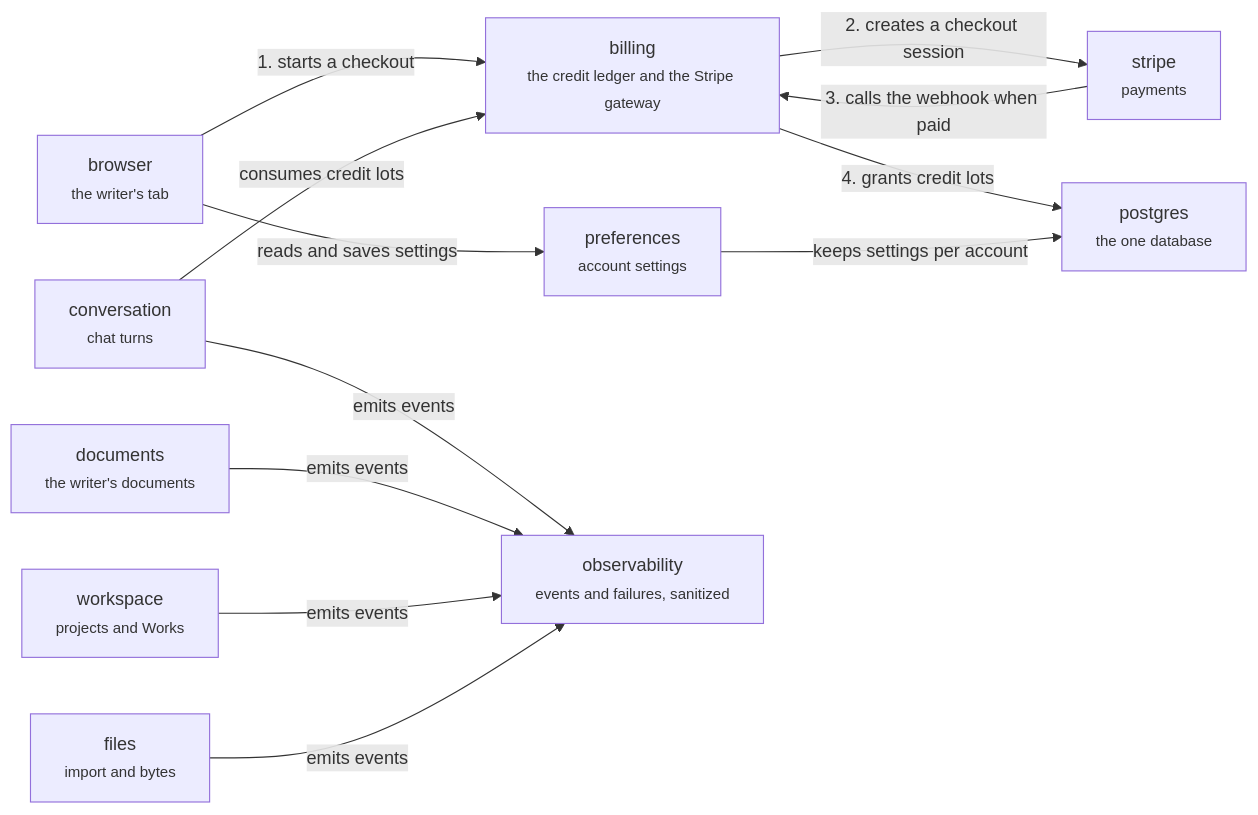
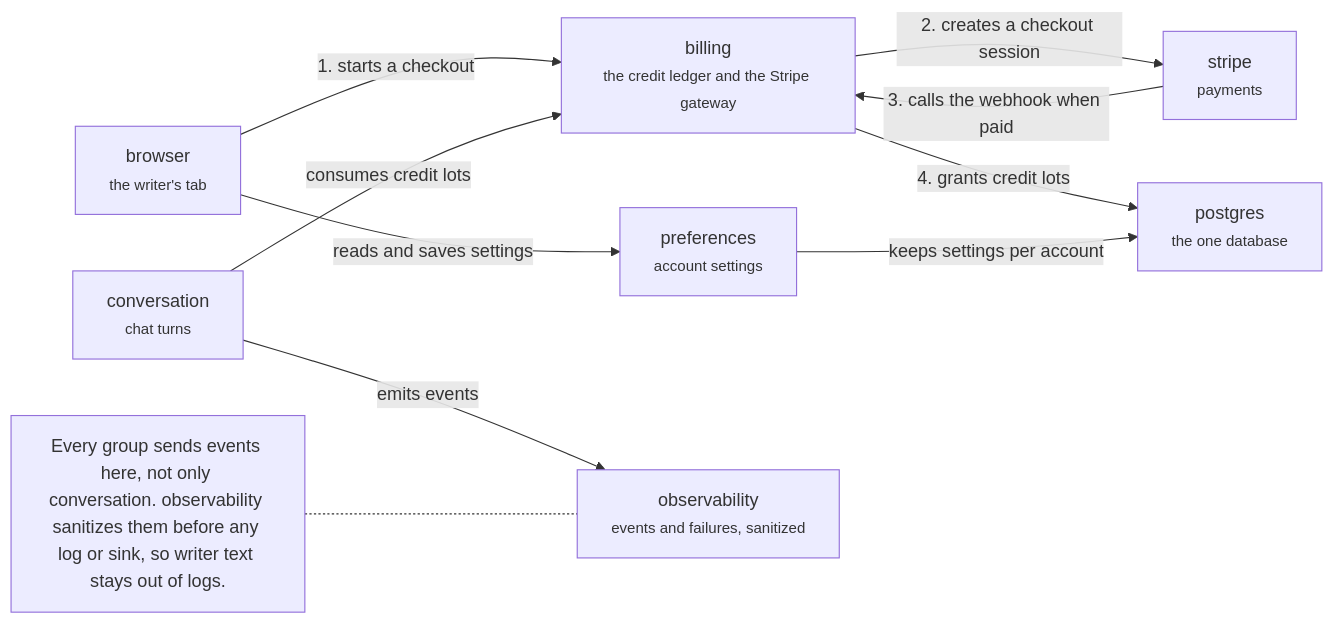
The diagram in .context/system-architecture/server-account.md (haowjy/meridian-flow), drawn with Mermaid before and after one commit. The commit also changed other lines of this file and 13 other files, not shown here.

````diff
--- a/.context/system-architecture/server-account.md
+++ b/.context/system-architecture/server-account.md
@@ -5,24 +5,20 @@
 ```mermaid
 flowchart LR
   billing["billing<br/><small>the credit ledger and the Stripe gateway</small>"]:::domain
   preferences["preferences<br/><small>account settings</small>"]:::domain
   observability["observability<br/><small>events and failures, sanitized</small>"]:::domain
   browser["browser<br/><small>the writer's tab</small>"]:::context
   stripe["stripe<br/><small>payments</small>"]:::context
   postgres["postgres<br/><small>the one database</small>"]:::context
   conversation["conversation<br/><small>chat turns</small>"]:::context
-  documents["documents<br/><small>the writer's documents</small>"]:::context
-  workspace["workspace<br/><small>projects and Works</small>"]:::context
-  files["files<br/><small>import and bytes</small>"]:::context
   browser -->|"1. starts a checkout"| billing
   billing -->|"2. creates a checkout session"| stripe
   stripe -->|"3. calls the webhook when paid"| billing
   billing -->|"4. grants credit lots"| postgres
   conversation -->|"consumes credit lots"| billing
   browser -->|"reads and saves settings"| preferences
   preferences -->|"keeps settings per account"| postgres
   conversation -->|"emits events"| observability
-  documents -->|"emits events"| observability
-  workspace -->|"emits events"| observability
-  files -->|"emits events"| observability
+  note1["Every group sends events here, not only conversation. observability sanitizes them before any log or sink, so writer text stays out of logs."]:::note
+  note1 -.- observability
 ```
````
